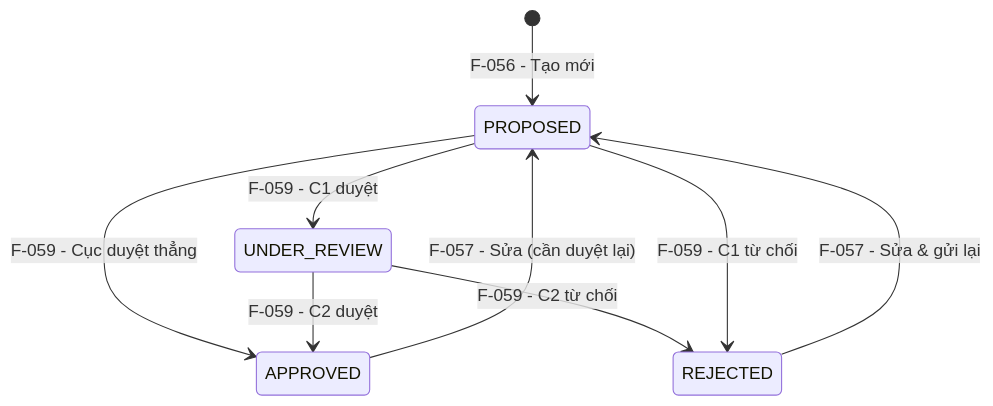
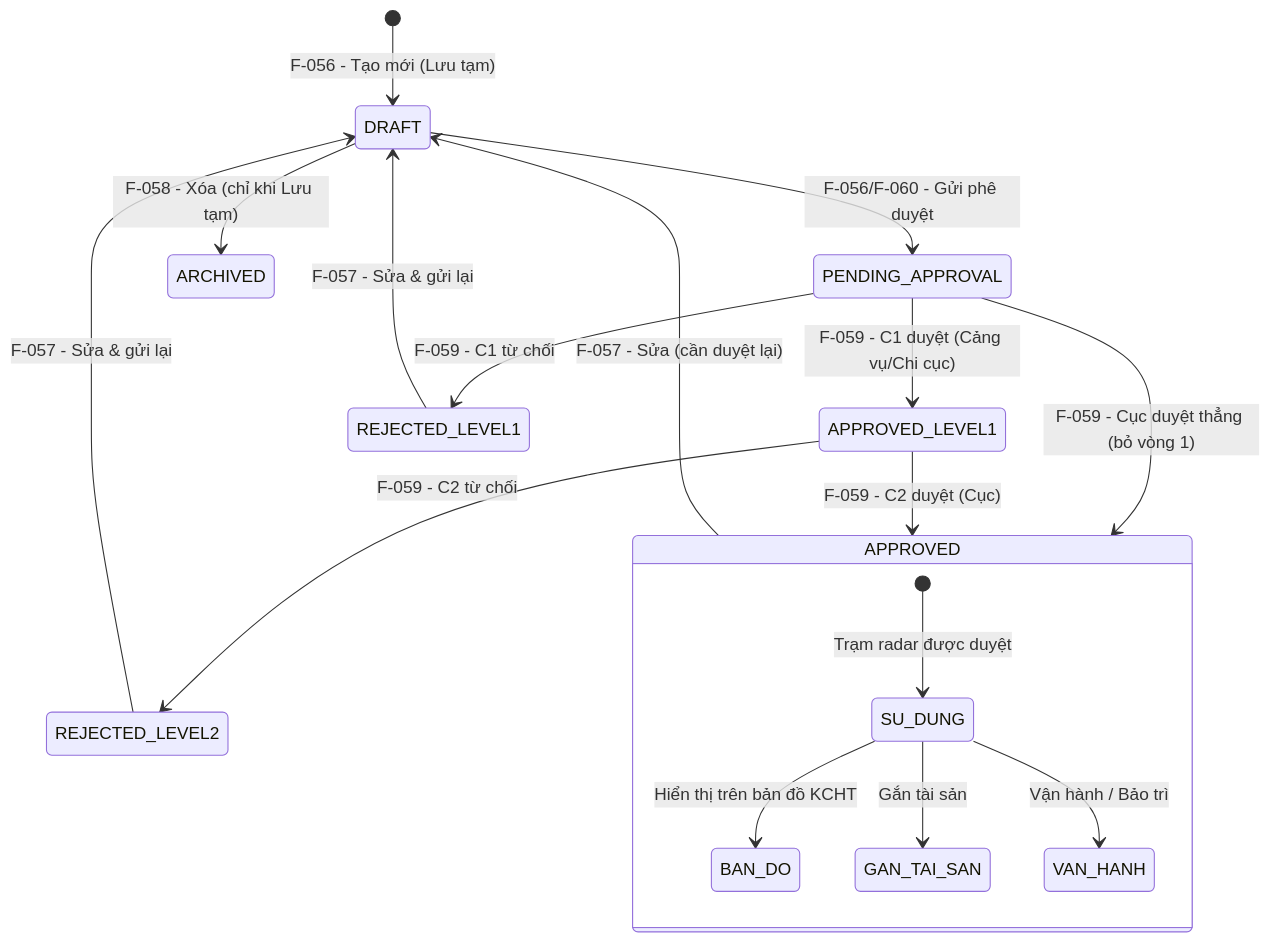
Before and after one commit to trangg21-bit/hang-hai-kchtgt: the diagram in docs/modules/M-003-quan-ly-tai-san-kchtgt-khu-nuoc-vts/_features/F-060-xem-chi-tiet-tram-radar/feature-brief.md, drawn with Mermaid. The commit also changed other lines of this file and 139 other files, not shown here.

````diff
--- a/docs/modules/M-003-quan-ly-tai-san-kchtgt-khu-nuoc-vts/_features/F-060-xem-chi-tiet-tram-radar/feature-brief.md
+++ b/docs/modules/M-003-quan-ly-tai-san-kchtgt-khu-nuoc-vts/_features/F-060-xem-chi-tiet-tram-radar/feature-brief.md
@@ -142,11 +197,21 @@
 ```mermaid
 stateDiagram-v2
-    [*] --> PROPOSED: F-056 - Tạo mới
-    PROPOSED --> UNDER_REVIEW: F-059 - C1 duyệt
-    PROPOSED --> APPROVED: F-059 - Cục duyệt thẳng
-    UNDER_REVIEW --> APPROVED: F-059 - C2 duyệt
-    UNDER_REVIEW --> REJECTED: F-059 - C2 từ chối
-    PROPOSED --> REJECTED: F-059 - C1 từ chối
-    REJECTED --> PROPOSED: F-057 - Sửa & gửi lại
-    APPROVED --> PROPOSED: F-057 - Sửa (cần duyệt lại)
+    [*] --> DRAFT: F-056 - Tạo mới (Lưu tạm)
+    DRAFT --> PENDING_APPROVAL: F-056/F-060 - Gửi phê duyệt
+    PENDING_APPROVAL --> APPROVED_LEVEL1: F-059 - C1 duyệt (Cảng vụ/Chi cục)
+    PENDING_APPROVAL --> APPROVED: F-059 - Cục duyệt thẳng (bỏ vòng 1)
+    APPROVED_LEVEL1 --> APPROVED: F-059 - C2 duyệt (Cục)
+    APPROVED_LEVEL1 --> REJECTED_LEVEL2: F-059 - C2 từ chối
+    PENDING_APPROVAL --> REJECTED_LEVEL1: F-059 - C1 từ chối
+    REJECTED_LEVEL1 --> DRAFT: F-057 - Sửa & gửi lại
+    REJECTED_LEVEL2 --> DRAFT: F-057 - Sửa & gửi lại
+    APPROVED --> DRAFT: F-057 - Sửa (cần duyệt lại)
+    DRAFT --> ARCHIVED: F-058 - Xóa (chỉ khi Lưu tạm)
+
+    state APPROVED {
+        [*] --> SU_DUNG: Trạm radar được duyệt
+        SU_DUNG --> BAN_DO: Hiển thị trên bản đồ KCHT
+        SU_DUNG --> GAN_TAI_SAN: Gắn tài sản
+        SU_DUNG --> VAN_HANH: Vận hành / Bảo trì
+    }
 ```
````
